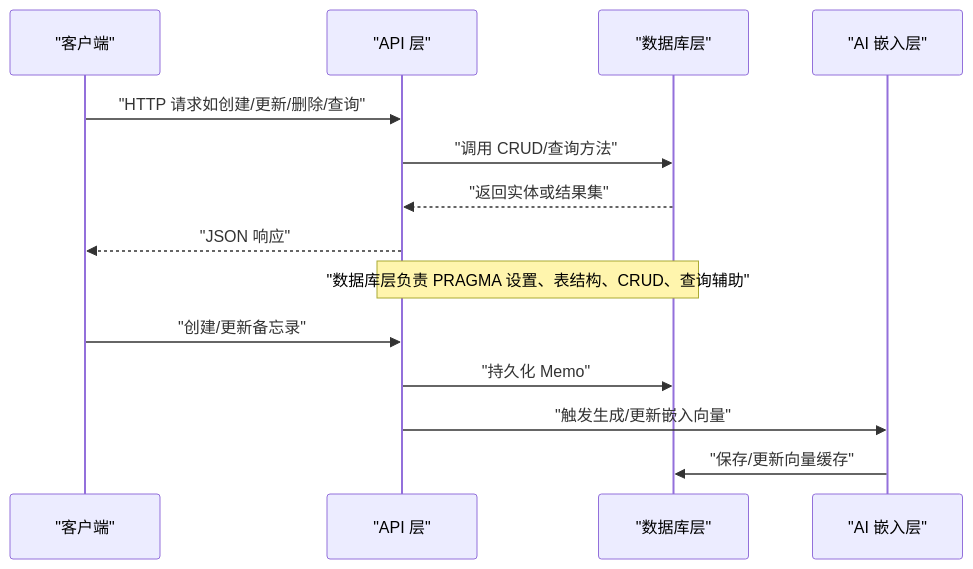
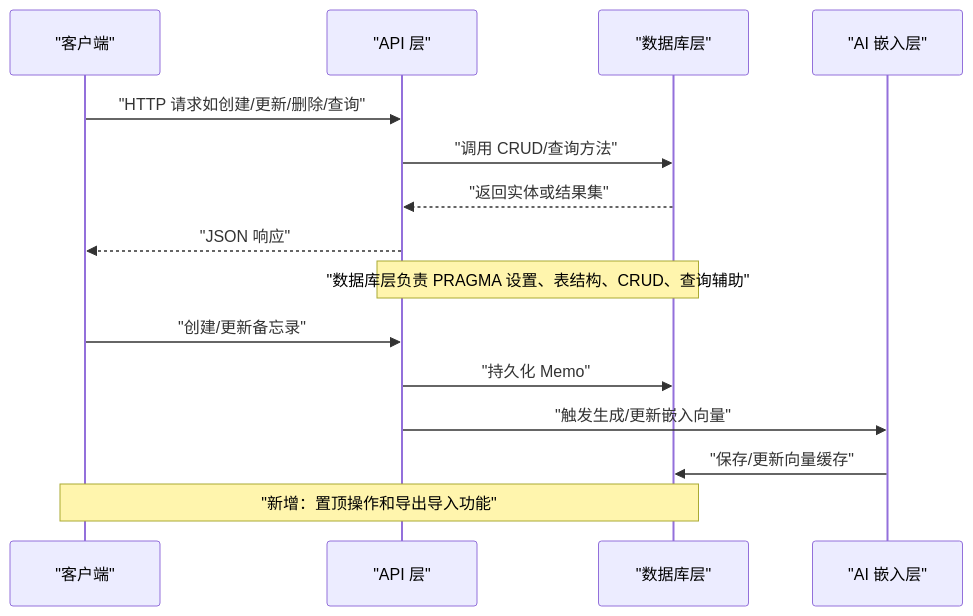
The second of 8 diagrams in .qoder/repowiki/zh/content/数据库设计.md (BlackBoxRecorder/memos), drawn with Mermaid before and after one commit. The commit also changed other lines of this file and 10 other files, not shown here.

````diff
--- a/.qoder/repowiki/zh/content/数据库设计.md
+++ b/.qoder/repowiki/zh/content/数据库设计.md
@@ -88,16 +103,17 @@
 ```mermaid
 sequenceDiagram
 participant Client as "客户端"
 participant API as "API 层"
 participant DB as "数据库层"
 participant AI as "AI 嵌入层"
 Client->>API : "HTTP 请求如创建/更新/删除/查询"
 API->>DB : "调用 CRUD/查询方法"
 DB-->>API : "返回实体或结果集"
 API-->>Client : "JSON 响应"
 Note over API,DB : "数据库层负责 PRAGMA 设置、表结构、CRUD、查询辅助"
 Client->>API : "创建/更新备忘录"
 API->>DB : "持久化 Memo"
 API->>AI : "触发生成/更新嵌入向量"
 AI->>DB : "保存/更新向量缓存"
+Note over Client,DB : "新增：置顶操作和导出导入功能"
 ```
````
